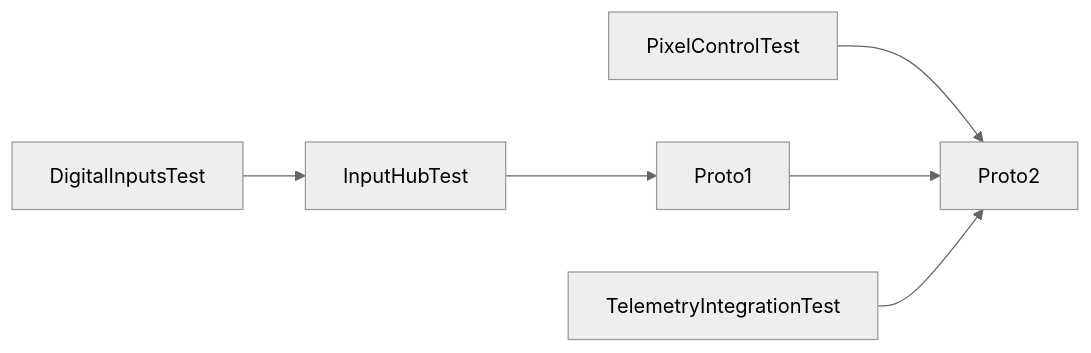
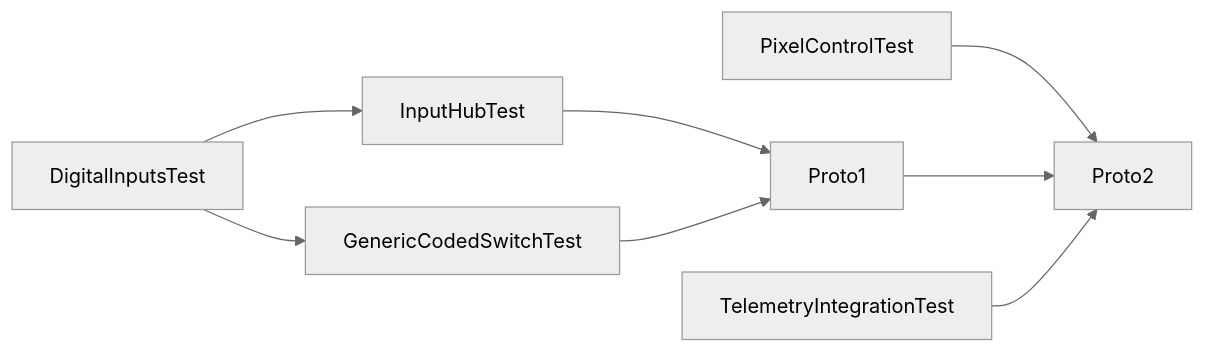
The diagram in src/QualityControl/IntegrationTests/README.md (afpineda/OpenSourceSimWheelESP32), drawn with Mermaid (neutral theme) before and after one commit. The commit also changed other lines of this file and 4 other files, not shown here.

````diff
--- a/src/QualityControl/IntegrationTests/README.md
+++ b/src/QualityControl/IntegrationTests/README.md
@@ -15,8 +15,10 @@
 ```mermaid
 flowchart LR
     DigitalInputsTest --> InputHubTest
+    DigitalInputsTest --> GenericCodedSwitchTest
     PixelControlTest --> Proto2
     InputHubTest --> Proto1
+    GenericCodedSwitchTest --> Proto1
     Proto1 --> Proto2
     TelemetryIntegrationTest --> Proto2
 ```
````
